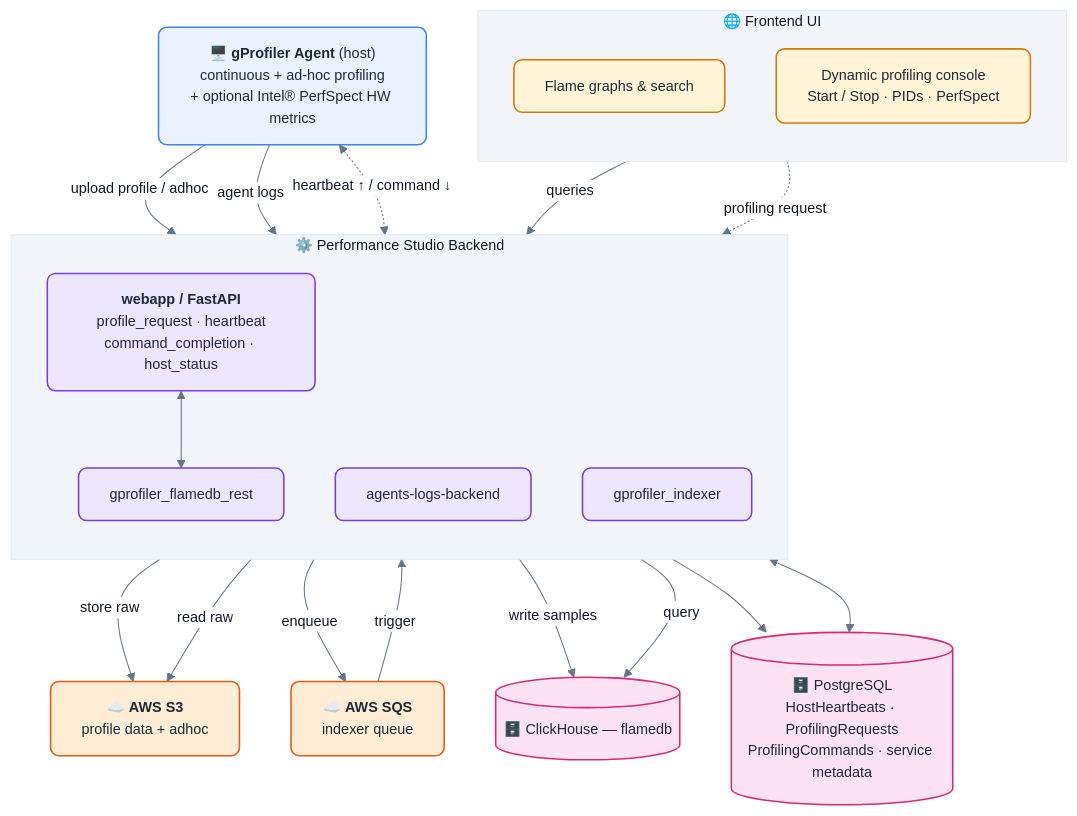
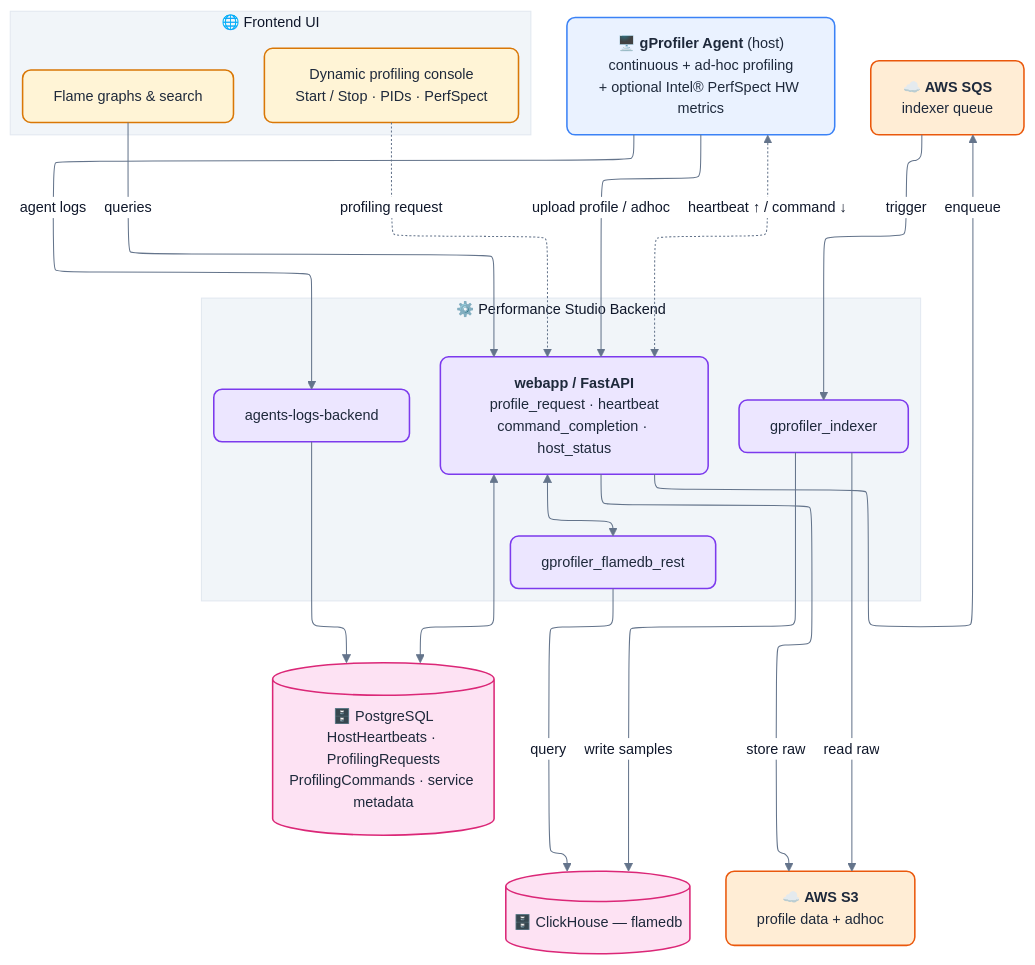
One commit to intel/gprofiler-performance-studio changed the diagram in README.md. Above: the diagram before and after it, drawn with Mermaid. The commit also changed other lines of this file and 97 other files, not shown here.

````diff
--- a/README.md
+++ b/README.md
@@ -55,61 +56,62 @@
 ```mermaid
 %%{init: {
   'theme': 'base',
+  'flowchart': { 'defaultRenderer': 'elk' },
   'themeVariables': {
     'primaryColor': '#ffffff',
     'primaryBorderColor': '#cbd5e1',
     'primaryTextColor': '#0f172a',
     'lineColor': '#64748b',
     'fontFamily': 'Inter, ui-sans-serif, system-ui, sans-serif',
     'fontSize': '14px'
   }
 }}%%
 flowchart TB
     classDef agent fill:#eaf2ff,stroke:#3b82f6,stroke-width:1.5px,color:#1e293b,rx:8,ry:8
     classDef ui    fill:#fff4d6,stroke:#d97706,stroke-width:1.5px,color:#1e293b,rx:8,ry:8
     classDef be    fill:#ece6ff,stroke:#7c3aed,stroke-width:1.5px,color:#1e293b,rx:8,ry:8
     classDef store fill:#fde2f3,stroke:#db2777,stroke-width:1.5px,color:#1e293b,rx:8,ry:8
     classDef aws   fill:#ffedd5,stroke:#ea580c,stroke-width:1.5px,color:#1e293b,rx:8,ry:8
 
     AGENT["🖥️ <b>gProfiler Agent</b> (host)<br/>continuous + ad-hoc profiling<br/>+ optional Intel® PerfSpect HW metrics"]:::agent
 
     subgraph UIBOX["🌐 Frontend UI"]
       direction TB
       FG["Flame graphs &amp; search"]:::ui
       CTRL["Dynamic profiling console<br/>Start / Stop · PIDs · PerfSpect"]:::ui
     end
 
     subgraph BEBOX["⚙️ Performance Studio Backend"]
       direction TB
       WEBAPP["<b>webapp / FastAPI</b><br/>profile_request · heartbeat<br/>command_completion · host_status"]:::be
       LOGSVC["agents-logs-backend"]:::be
       IDX["gprofiler_indexer"]:::be
       REST["gprofiler_flamedb_rest"]:::be
     end
 
     PG[("🗄️ PostgreSQL<br/>HostHeartbeats · ProfilingRequests<br/>ProfilingCommands · service metadata")]:::store
     CH[("🗄️ ClickHouse — flamedb")]:::store
     S3["☁️ <b>AWS S3</b><br/>profile data + adhoc"]:::aws
     SQS["☁️ <b>AWS SQS</b><br/>indexer queue"]:::aws
 
     style UIBOX fill:#f1f5f9,stroke:#e2e8f0,stroke-width:1px,color:#0f172a
     style BEBOX fill:#f1f5f9,stroke:#e2e8f0,stroke-width:1px,color:#0f172a
 
     %% --- data plane (solid) ---
     AGENT -- "upload profile / adhoc" --> WEBAPP
     WEBAPP -- "store raw" --> S3
     WEBAPP -- "enqueue" --> SQS
     SQS -- "trigger" --> IDX
     IDX -- "read raw" --> S3
     IDX -- "write samples" --> CH
     WEBAPP <--> REST
     REST -- "query" --> CH
     AGENT -- "agent logs" --> LOGSVC
     LOGSVC --> PG
     WEBAPP <--> PG
     FG -- "queries" --> WEBAPP
 
     %% --- control plane (dashed) ---
     AGENT <-. "heartbeat ↑ / command ↓" .-> WEBAPP
     CTRL -. "profiling request" .-> WEBAPP
 ```
````
